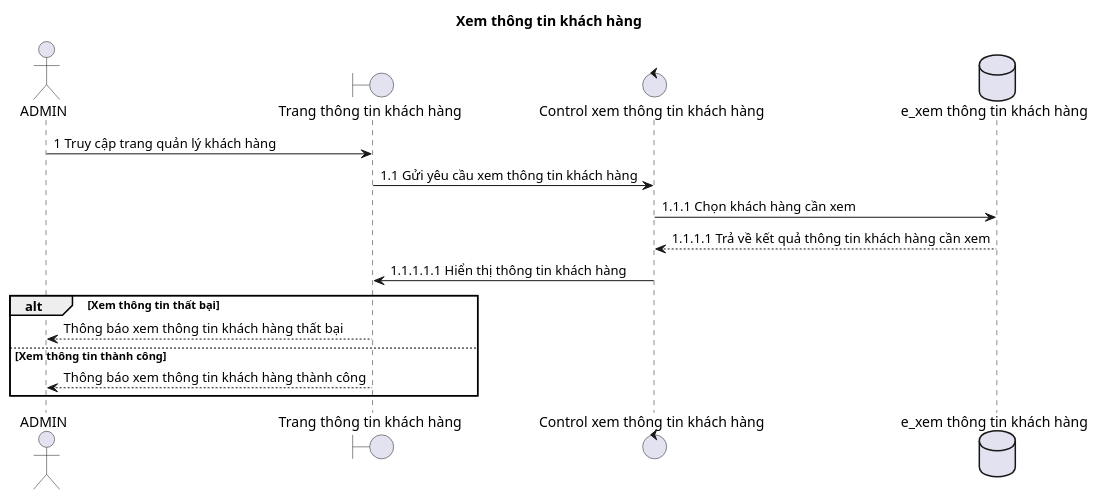
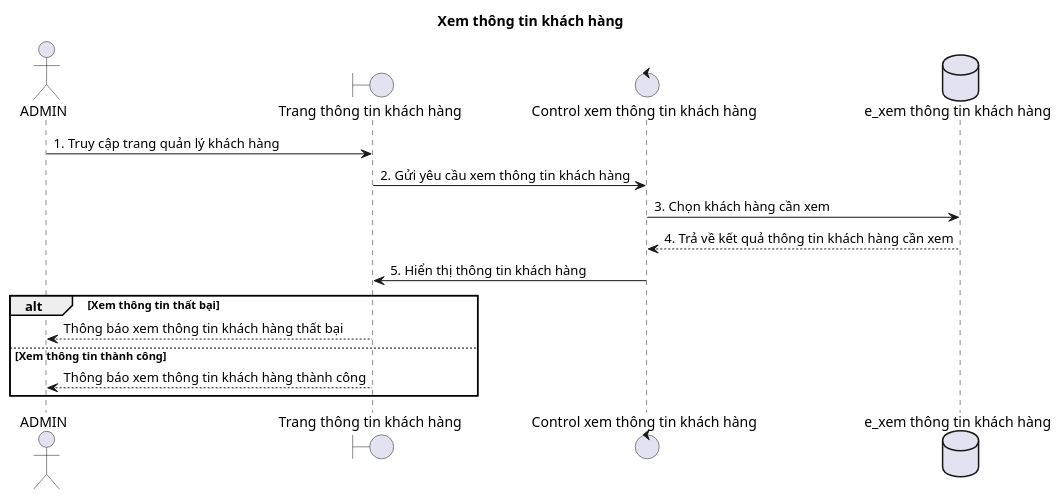
One commit to duygri/do-an-htttdn-crm changed the diagram in docs/diagrams/sequence/preview/02-view-customer-information.puml. Above: the diagram before and after it, drawn with PlantUML.

Commit message:
Update sequence diagram for viewing customer information

```diff
--- a/docs/diagrams/sequence/preview/02-view-customer-information.puml
+++ b/docs/diagrams/sequence/preview/02-view-customer-information.puml
@@ -1,20 +1,20 @@
 @startuml
 title Xem thông tin khách hàng
 
 actor ADMIN as Admin
 boundary "Trang thông tin khách hàng" as Boundary
 control "Control xem thông tin khách hàng" as Control
 database "e_xem thông tin khách hàng" as Entity
 
-Admin -> Boundary: 1 Truy cập trang quản lý khách hàng
-Boundary -> Control: 1.1 Gửi yêu cầu xem thông tin khách hàng
-Control -> Entity: 1.1.1 Chọn khách hàng cần xem
-Entity --> Control: 1.1.1.1 Trả về kết quả thông tin khách hàng cần xem
-Control -> Boundary: 1.1.1.1.1 Hiển thị thông tin khách hàng
+Admin -> Boundary: 1. Truy cập trang quản lý khách hàng
+Boundary -> Control: 2. Gửi yêu cầu xem thông tin khách hàng
+Control -> Entity: 3. Chọn khách hàng cần xem
+Entity --> Control: 4. Trả về kết quả thông tin khách hàng cần xem
+Control -> Boundary: 5. Hiển thị thông tin khách hàng
 
 alt Xem thông tin thất bại
   Boundary --> Admin: Thông báo xem thông tin khách hàng thất bại
 else Xem thông tin thành công
   Boundary --> Admin: Thông báo xem thông tin khách hàng thành công
 end
 @enduml
```
